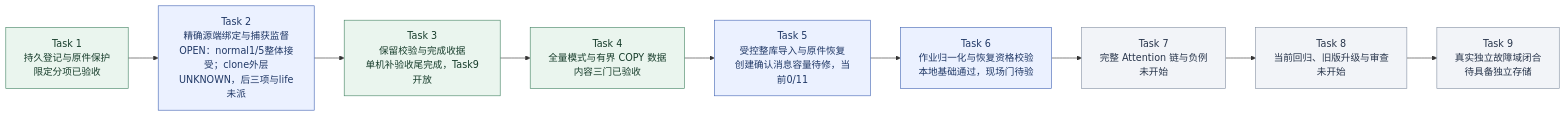
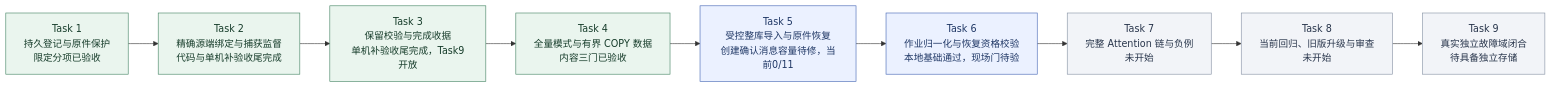
The second of 9 diagrams in docs/KnowWeave实施路线与系统架构.md (MansurnamedZhang/learning-system-p0c4), drawn with Mermaid before and after one commit. The commit also changed other lines of this file and 6 other files, not shown here.

````diff
--- a/docs/KnowWeave实施路线与系统架构.md
+++ b/docs/KnowWeave实施路线与系统架构.md
@@ -72,26 +72,26 @@
 ```mermaid
 flowchart LR
     C4T1["Task 1<br/>持久登记与原件保护<br/>限定分项已验收"]
-    C4T2["Task 2<br/>精确源端绑定与捕获监督<br/>OPEN：normal1/5整体接受；clone外层UNKNOWN，后三项与life未派"]
+    C4T2["Task 2<br/>精确源端绑定与捕获监督<br/>代码与单机补验收尾完成"]
     C4T3["Task 3<br/>保留校验与完成收据<br/>单机补验收尾完成，Task9开放"]
     C4T4["Task 4<br/>全量模式与有界 COPY 数据<br/>内容三门已验收"]
     C4T5["Task 5<br/>受控整库导入与原件恢复<br/>创建确认消息容量待修，当前0/11"]
     C4T6["Task 6<br/>作业归一化与恢复资格校验<br/>本地基础通过，现场门待验"]
     C4T7["Task 7<br/>完整 Attention 链与负例<br/>未开始"]
     C4T8["Task 8<br/>当前回归、旧版升级与审查<br/>未开始"]
     C4T9["Task 9<br/>真实独立故障域闭合<br/>待具备独立存储"]
     C4T1 --> C4T2
     C4T2 --> C4T3
     C4T3 --> C4T4
     C4T4 --> C4T5
     C4T5 --> C4T6
     C4T6 --> C4T7
     C4T7 --> C4T8
     C4T8 --> C4T9
-    class C4T1,C4T3,C4T4 done
-    class C4T2,C4T5,C4T6 next
+    class C4T1,C4T2,C4T3,C4T4 done
+    class C4T5,C4T6 next
     class C4T7,C4T8,C4T9 planned
     classDef done fill:#eaf5ee,stroke:#438363,color:#173d2b
     classDef next fill:#ebf1ff,stroke:#4365b4,color:#203866
     classDef planned fill:#f2f4f8,stroke:#8591a3,color:#28354b
 ```
````
